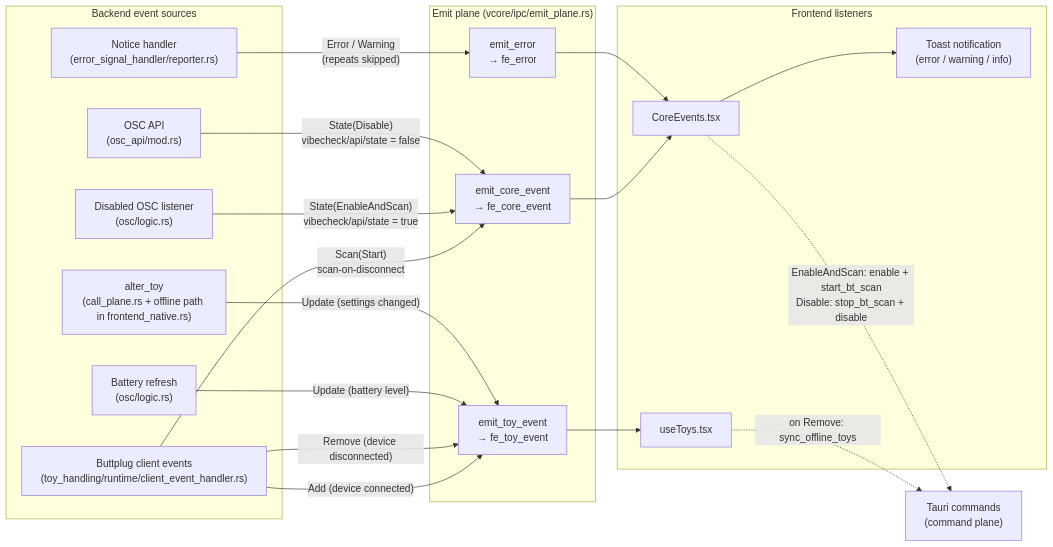
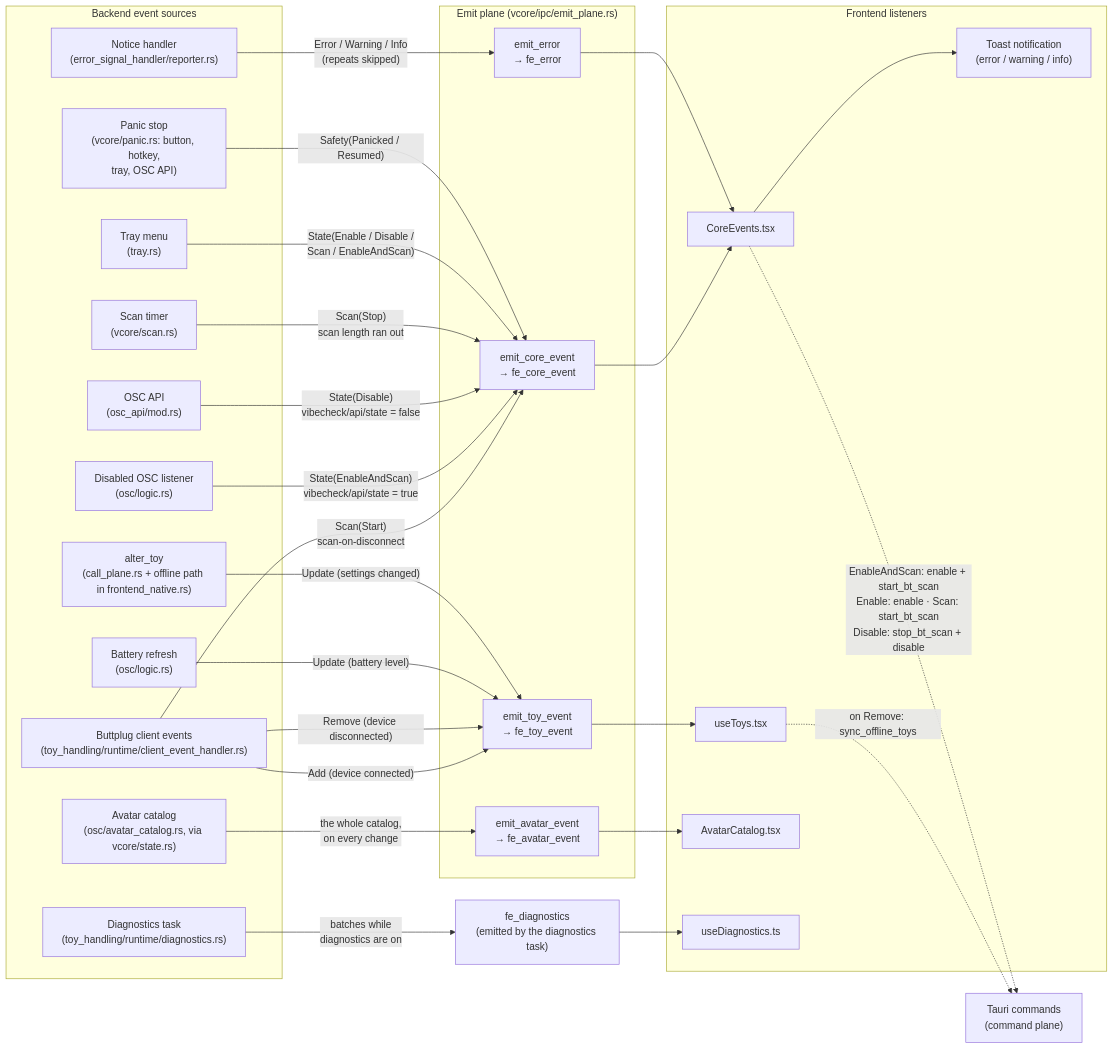
One commit to SutekhVRC/VibeCheck changed the diagram in docs/ipc/emit-plane.md. Above: the diagram before and after it, drawn with Mermaid. The commit also changed other lines of this file and 9 other files, not shown here.

````diff
--- a/docs/ipc/emit-plane.md
+++ b/docs/ipc/emit-plane.md
@@ -9,42 +10,58 @@
 ```mermaid
 flowchart LR
   subgraph SRC["Backend event sources"]
     BCE["Buttplug client events<br/>(toy_handling/runtime/client_event_handler.rs)"]
     OSCL["Disabled OSC listener<br/>(osc/logic.rs)"]
     BAT["Battery refresh<br/>(osc/logic.rs)"]
     API["OSC API<br/>(osc_api/mod.rs)"]
     ALT["alter_toy<br/>(call_plane.rs + offline path in frontend_native.rs)"]
     ERR["Notice handler<br/>(error_signal_handler/reporter.rs)"]
+    SCN["Scan timer<br/>(vcore/scan.rs)"]
+    TRAY["Tray menu<br/>(tray.rs)"]
+    PAN["Panic stop<br/>(vcore/panic.rs: button, hotkey,<br/>tray, OSC API)"]
+    CAT["Avatar catalog<br/>(osc/avatar_catalog.rs, via vcore/state.rs)"]
+    DIA["Diagnostics task<br/>(toy_handling/runtime/diagnostics.rs)"]
   end
 
   subgraph EP["Emit plane (vcore/ipc/emit_plane.rs)"]
     ETE["emit_toy_event<br/>→ fe_toy_event"]
     ECE["emit_core_event<br/>→ fe_core_event"]
     EER["emit_error<br/>→ fe_error"]
+    EAV["emit_avatar_event<br/>→ fe_avatar_event"]
   end
+  EDI["fe_diagnostics<br/>(emitted by the diagnostics task)"]
 
   subgraph FE["Frontend listeners"]
     UT["useToys.tsx"]
     CE["CoreEvents.tsx"]
     TOAST["Toast notification<br/>(error / warning / info)"]
+    AC["AvatarCatalog.tsx"]
+    DG["useDiagnostics.ts"]
   end
 
   CMDS["Tauri commands<br/>(command plane)"]
 
   BCE -- "Add (device connected)" --> ETE
   BCE -- "Remove (device disconnected)" --> ETE
   BCE -- "Scan(Start)<br/>scan-on-disconnect" --> ECE
   BAT -- "Update (battery level)" --> ETE
   ALT -- "Update (settings changed)" --> ETE
   OSCL -- "State(EnableAndScan)<br/>vibecheck/api/state = true" --> ECE
   API -- "State(Disable)<br/>vibecheck/api/state = false" --> ECE
-  ERR -- "Error / Warning<br/>(repeats skipped)" --> EER
+  SCN -- "Scan(Stop)<br/>scan length ran out" --> ECE
+  TRAY -- "State(Enable / Disable /<br/>Scan / EnableAndScan)" --> ECE
+  PAN -- "Safety(Panicked / Resumed)" --> ECE
+  ERR -- "Error / Warning / Info<br/>(repeats skipped)" --> EER
+  CAT -- "the whole catalog,<br/>on every change" --> EAV
+  DIA -- "batches while<br/>diagnostics are on" --> EDI
 
   ETE --> UT
   ECE --> CE
   EER --> CE
   CE --> TOAST
+  EAV --> AC
+  EDI --> DG
 
   UT -. "on Remove: sync_offline_toys" .-> CMDS
-  CE -. "EnableAndScan: enable + start_bt_scan<br/>Disable: stop_bt_scan + disable" .-> CMDS
+  CE -. "EnableAndScan: enable + start_bt_scan<br/>Enable: enable · Scan: start_bt_scan<br/>Disable: stop_bt_scan + disable" .-> CMDS
 ```
````
